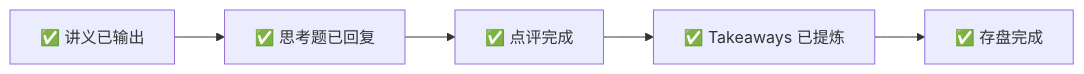
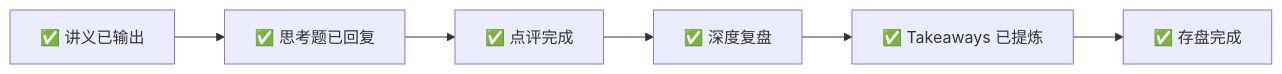
The diagram in docs/week-03/interaction.md (linyuhancelia/ai-industry-research), drawn with Mermaid before and after one commit. The commit also changed other lines of this file, not shown here.

````diff
--- a/docs/week-03/interaction.md
+++ b/docs/week-03/interaction.md
@@ -18,7 +18,8 @@
 ```mermaid
 graph LR
     A["✅ 讲义已输出"] --> B["✅ 思考题已回复"]
     B --> C["✅ 点评完成"]
-    C --> D["✅ Takeaways 已提炼"]
-    D --> E["✅ 存盘完成"]
+    C --> D["✅ 深度复盘"]
+    D --> E["✅ Takeaways 已提炼"]
+    E --> F["✅ 存盘完成"]
 ```
````
